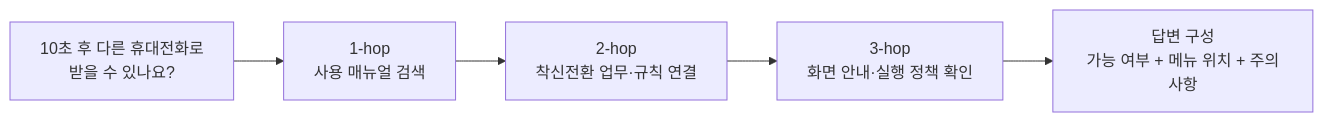
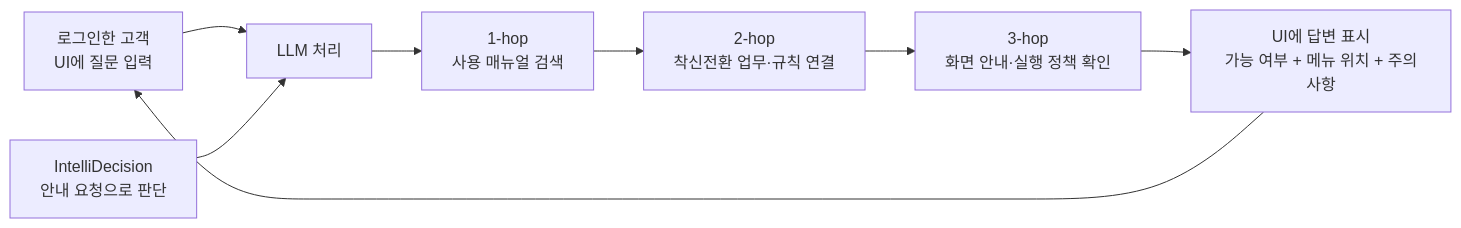
One commit to hak023/sip_pbx changed the sixth of 8 diagrams in docs/AI_SERVICE_AGENT_SERVICE_INTRODUCTION.md. Above: the diagram before and after it, drawn with Mermaid. The commit also changed other lines of this file and 2 other files, not shown here.

Commit message:
docs: clarify PoC self-service flow

````diff
--- a/docs/AI_SERVICE_AGENT_SERVICE_INTRODUCTION.md
+++ b/docs/AI_SERVICE_AGENT_SERVICE_INTRODUCTION.md
@@ -152,7 +151,10 @@
 ```mermaid
 flowchart LR
-    Q[10초 후 다른 휴대전화로\n받을 수 있나요?] --> M[1-hop\n사용 매뉴얼 검색]
+    U[로그인한 고객\nUI에 질문 입력] --> L[LLM 처리]
+    I[IntelliDecision\n안내 요청으로 판단] --> L
+    L --> M[1-hop\n사용 매뉴얼 검색]
     M --> D[2-hop\n착신전환 업무·규칙 연결]
     D --> S[3-hop\n화면 안내·실행 정책 확인]
-    S --> A[답변 구성\n가능 여부 + 메뉴 위치 + 주의사항]
+    S --> R[UI에 답변 표시\n가능 여부 + 메뉴 위치 + 주의사항]
+    R --> U
 ```
````
